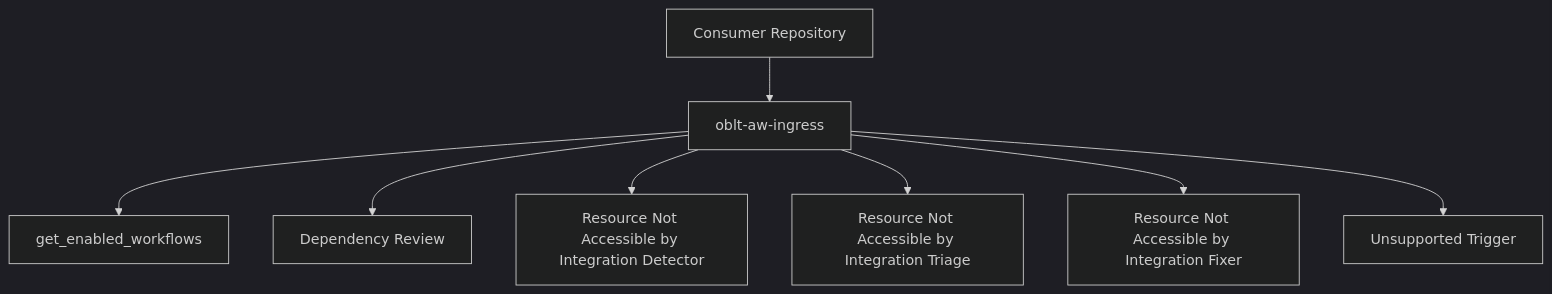
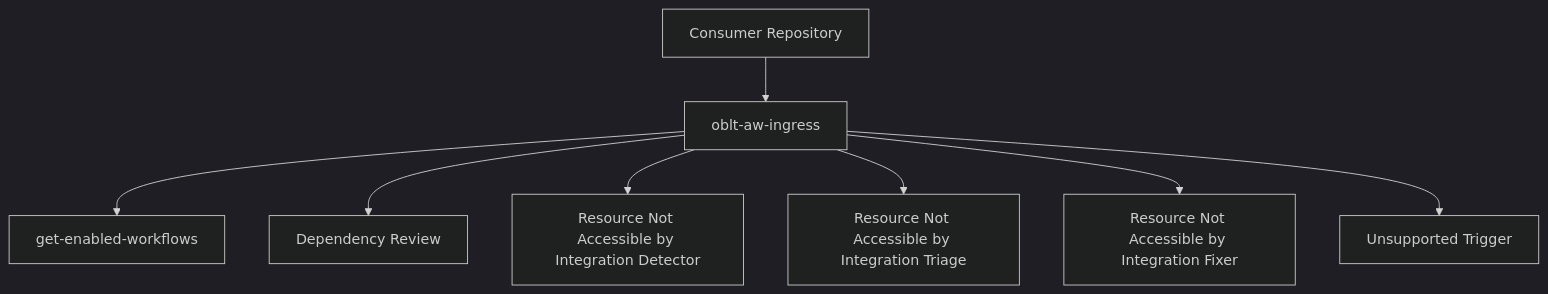
The diagram in docs/architecture/overview.md (elastic/oblt-aw), drawn with Mermaid (dark theme) before and after one commit. The commit also changed other lines of this file and 9 other files, not shown here.

First line of the commit message:
refactor(workflows): kebab-case get-enabled-workflows file and outputs

````diff
--- a/docs/architecture/overview.md
+++ b/docs/architecture/overview.md
@@ -81,10 +81,10 @@
 ```mermaid
 flowchart TD
   A[Consumer Repository] --> C[oblt-aw-ingress]
-  C --> B[get_enabled_workflows]
+  C --> B[get-enabled-workflows]
   C --> D[Dependency Review]
   C --> E[Resource Not Accessible by Integration Detector]
   C --> F[Resource Not Accessible by Integration Triage]
   C --> G[Resource Not Accessible by Integration Fixer]
   C --> X[Unsupported Trigger]
 ```
````
